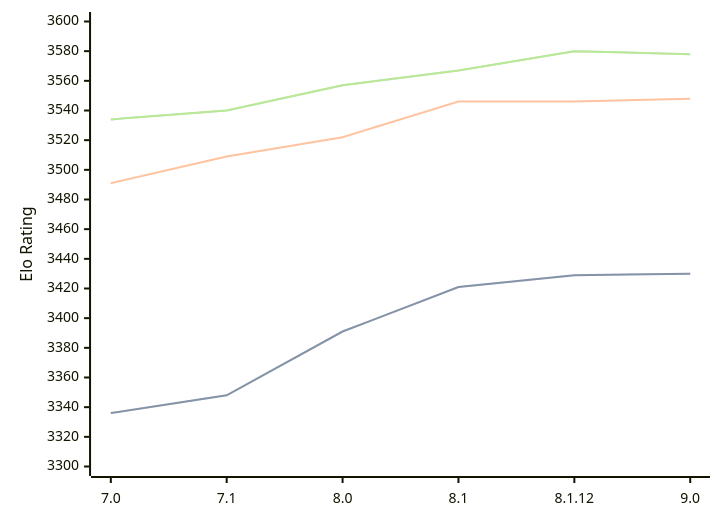
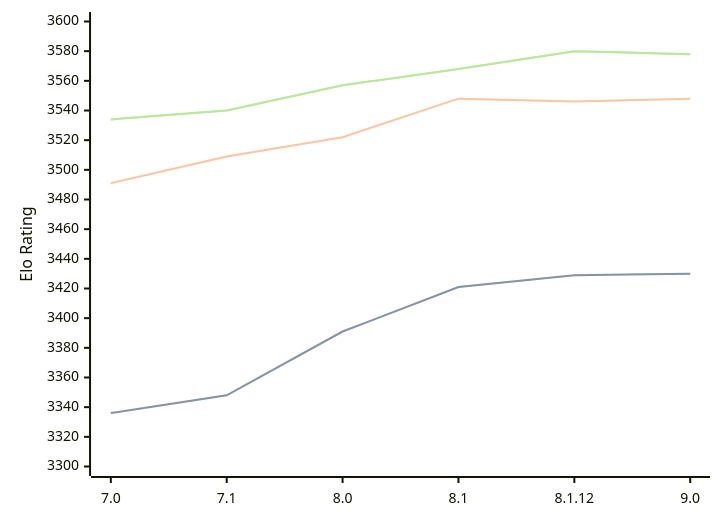
The diagram in engines/Alexandria.md (computer-chess-index/cci), drawn with Mermaid before and after one commit. The commit also changed other lines of this file, not shown here.

Commit message:
Update CCI Ratings (ELO VLTC) - 2026-08-31

````diff
--- a/engines/Alexandria.md
+++ b/engines/Alexandria.md
@@ -36,11 +36,11 @@
 ```mermaid
 %%{init: {"theme":"base","themeVariables":{"seriesColors:['#a3a3a3','#222221','#faa371']}}}%%
 xychart-beta
   x-axis ["7.0", "7.1", "8.0", "8.1", "8.1.12", "9.0"]
   y-axis "Elo Rating" 3300 --> 3600
   line "" [3336, 3348, 3391, 3421, 3429, 3430]
   line "STC (8.0+0.08s)" [3336, 3348, 3391, 3421, 3429, 3430]
-  line "LTC (60.0+0.60s)" [3491, 3509, 3522, 3546, 3546, 3548]
-  line "" [3534, 3540, 3557, 3567, 3580, 3578]
-  line "VLTC (2m24s+1.12s)" [3534, 3540, 3557, 3567, 3580, 3578]
+  line "LTC (60.0+0.60s)" [3491, 3509, 3522, 3548, 3546, 3548]
+  line "" [3534, 3540, 3557, 3568, 3580, 3578]
+  line "VLTC (2m24s+1.12s)" [3534, 3540, 3557, 3568, 3580, 3578]
 ```
````
